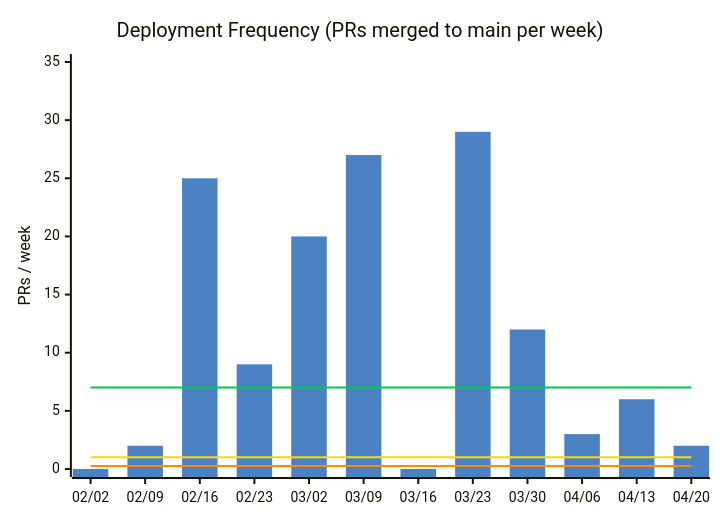
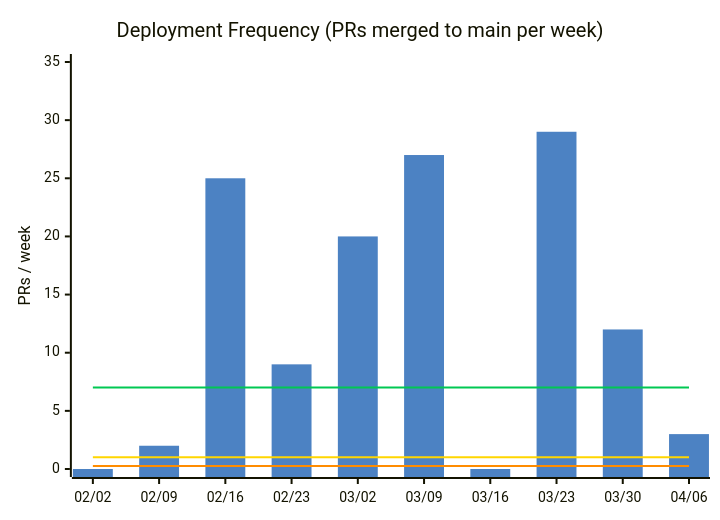
The first of 14 diagrams in docs/metrics.md (nablarch/nabledge-dev), drawn with Mermaid before and after one commit. The commit also changed other lines of this file and 13372 other files, not shown here.

````diff
--- a/docs/metrics.md
+++ b/docs/metrics.md
@@ -37,11 +37,11 @@
 ```mermaid
 %%{init: {'theme': 'base', 'themeVariables': {'xyChart': {'plotColorPalette': '#4C82C3,#00C853,#FFD600,#FF8C00'}}}}%%
 xychart-beta
   title "Deployment Frequency (PRs merged to main per week)"
-  x-axis ["02/02", "02/09", "02/16", "02/23", "03/02", "03/09", "03/16", "03/23", "03/30", "04/06", "04/13", "04/20"]
+  x-axis ["02/02", "02/09", "02/16", "02/23", "03/02", "03/09", "03/16", "03/23", "03/30", "04/06"]
   y-axis "PRs / week" 0 --> 35
-  bar [0, 2, 25, 9, 20, 27, 0, 29, 12, 3, 6, 2]
-  line [7, 7, 7, 7, 7, 7, 7, 7, 7, 7, 7, 7]
-  line [1, 1, 1, 1, 1, 1, 1, 1, 1, 1, 1, 1]
-  line [0.25, 0.25, 0.25, 0.25, 0.25, 0.25, 0.25, 0.25, 0.25, 0.25, 0.25, 0.25]
+  bar [0, 2, 25, 9, 20, 27, 0, 29, 12, 3]
+  line [7, 7, 7, 7, 7, 7, 7, 7, 7, 7]
+  line [1, 1, 1, 1, 1, 1, 1, 1, 1, 1]
+  line [0.25, 0.25, 0.25, 0.25, 0.25, 0.25, 0.25, 0.25, 0.25, 0.25]
 ```
````
